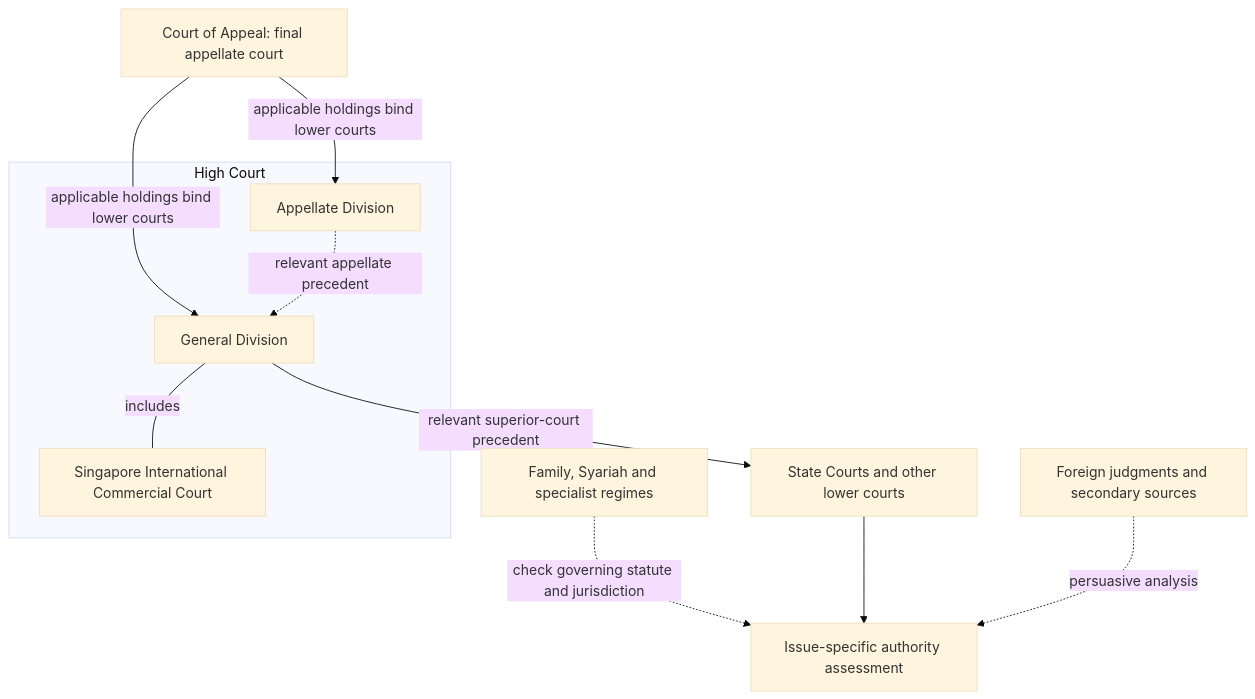
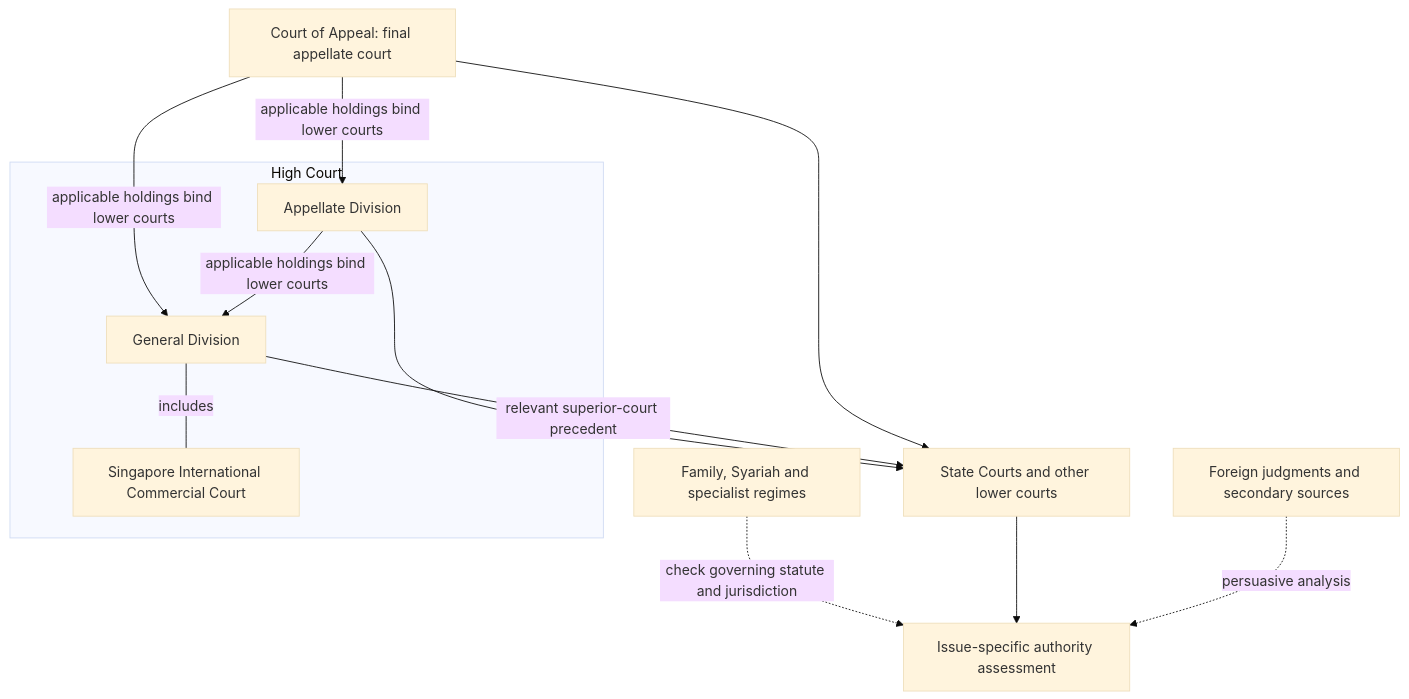
One commit to kevanwee/sg-legalresearch changed the second of 5 diagrams in README.md. Above: the diagram before and after it, drawn with Mermaid (base theme). The commit also changed other lines of this file and 4 other files, not shown here.

````diff
--- a/README.md
+++ b/README.md
@@ -53,17 +53,19 @@
 ```mermaid
 flowchart TD
     CA["Court of Appeal: final appellate court"]
     subgraph HC["High Court"]
         AD["Appellate Division"]
         GD["General Division"]
         SICC["Singapore International Commercial Court"]
         GD ---|"includes"| SICC
     end
     CA -->|"applicable holdings bind lower courts"| AD
     CA -->|"applicable holdings bind lower courts"| GD
-    AD -.->|"relevant appellate precedent"| GD
-    GD -->|"relevant superior-court precedent"| LOWER["State Courts and other lower courts"]
+    AD -->|"applicable holdings bind lower courts"| GD
+    CA --> LOWER["State Courts and other lower courts"]
+    AD --> LOWER
+    GD -->|"relevant superior-court precedent"| LOWER
     SPECIAL["Family, Syariah and specialist regimes"] -.->|"check governing statute and jurisdiction"| CHECK["Issue-specific authority assessment"]
     LOWER --> CHECK
     FOREIGN["Foreign judgments and secondary sources"] -.->|"persuasive analysis"| CHECK
 ```
````
